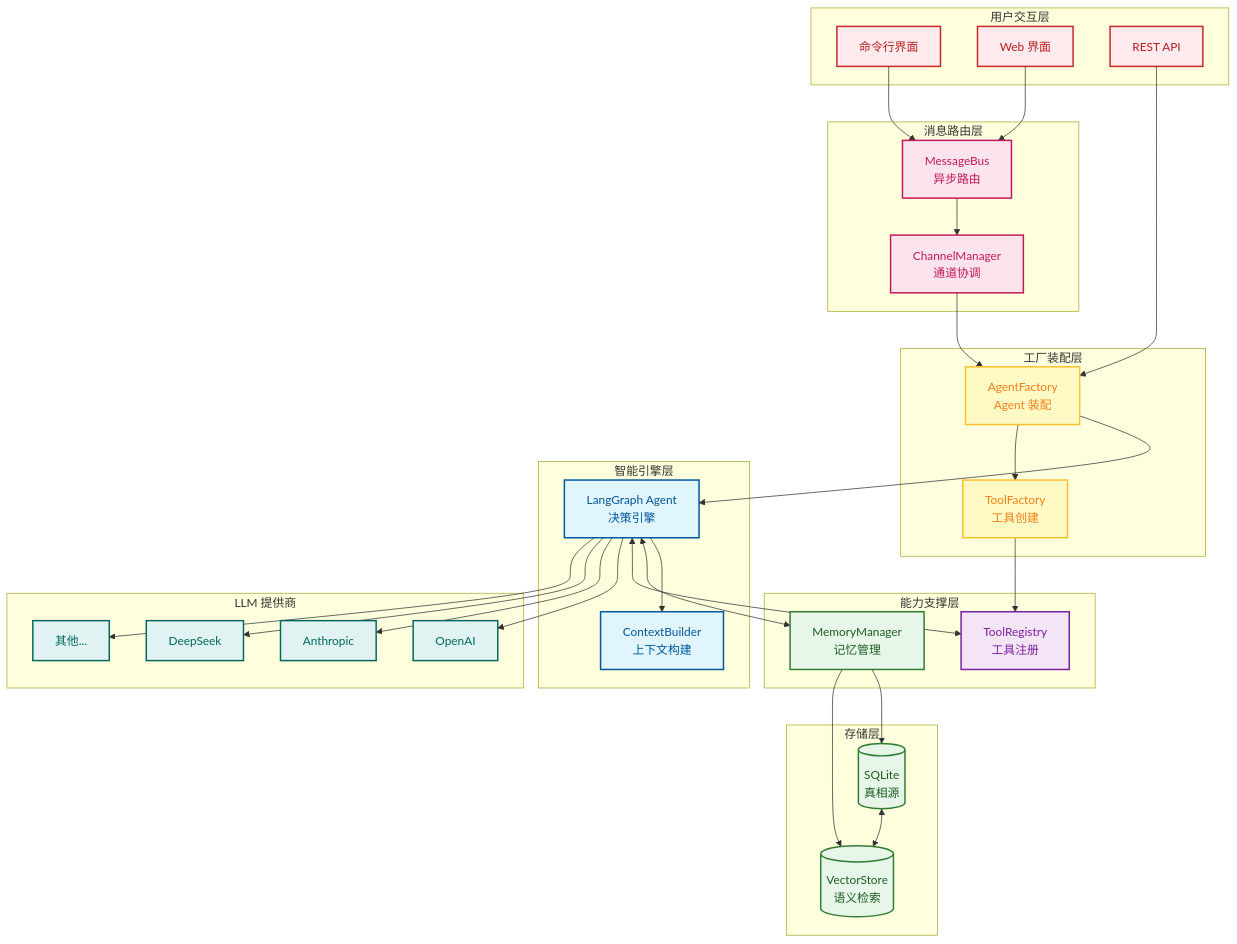
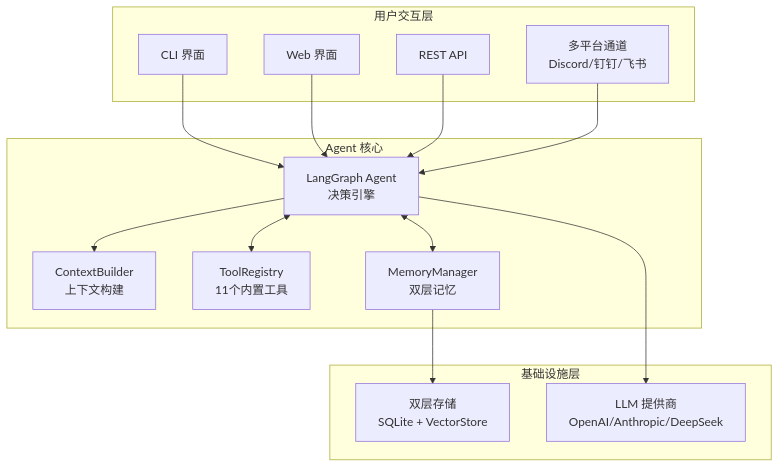
One commit to xt765/FinchBot changed the second of 8 diagrams in README_CN.md. Above: the diagram before and after it, drawn with Mermaid. The commit also changed 4 other files, not shown here.

First line of the commit message:
docs: 简化架构图为三层核心架构

````diff
--- a/README_CN.md
+++ b/README_CN.md
@@ -136,71 +136,33 @@
 ```mermaid
 graph TB
-    classDef userLayer fill:#ffebee,stroke:#c62828,stroke-width:2px,color:#b71c1c;
-    classDef channelLayer fill:#fce4ec,stroke:#c2185b,stroke-width:2px,color:#c2185b;
-    classDef factoryLayer fill:#fff9c4,stroke:#fbc02d,stroke-width:2px,color:#f57f17;
-    classDef coreLayer fill:#e1f5fe,stroke:#01579b,stroke-width:2px,color:#01579b;
-    classDef memoryLayer fill:#e8f5e9,stroke:#2e7d32,stroke-width:2px,color:#1b5e20;
-    classDef toolLayer fill:#f3e5f5,stroke:#7b1fa2,stroke-width:2px,color:#7b1fa2;
-    classDef infraLayer fill:#e0f2f1,stroke:#00695c,stroke-width:2px,color:#00695c;
-
-    subgraph Layer1 [用户交互层]
-        CLI[命令行界面]:::userLayer
-        WebUI[Web 界面]:::userLayer
-        API[REST API]:::userLayer
+    subgraph UI [用户交互层]
+        CLI[CLI 界面]
+        Web[Web 界面]
+        API[REST API]
+        Channels[多平台通道<br/>Discord/钉钉/飞书]
     end
 
-    subgraph Layer2 [消息路由层]
-        Bus[MessageBus<br/>异步路由]:::channelLayer
-        CM[ChannelManager<br/>通道协调]:::channelLayer
+    subgraph Core [Agent 核心]
+        Agent[LangGraph Agent<br/>决策引擎]
+        Context[ContextBuilder<br/>上下文构建]
+        Tools[ToolRegistry<br/>11个内置工具]
+        Memory[MemoryManager<br/>双层记忆]
     end
 
-    subgraph Layer3 [工厂装配层]
-        AF[AgentFactory<br/>Agent 装配]:::factoryLayer
-        TF[ToolFactory<br/>工具创建]:::factoryLayer
+    subgraph Infra [基础设施层]
+        Storage[双层存储<br/>SQLite + VectorStore]
+        LLM[LLM 提供商<br/>OpenAI/Anthropic/DeepSeek]
     end
 
-    subgraph Layer4 [智能引擎层]
-        Agent[LangGraph Agent<br/>决策引擎]:::coreLayer
-        CB[ContextBuilder<br/>上下文构建]:::coreLayer
-    end
+    CLI --> Agent
+    Web --> Agent
+    API --> Agent
+    Channels --> Agent
 
-    subgraph Layer5 [能力支撑层]
-        MM[MemoryManager<br/>记忆管理]:::memoryLayer
-        TR[ToolRegistry<br/>工具注册]:::toolLayer
-    end
+    Agent --> Context
+    Agent <--> Tools
+    Agent <--> Memory
 
-    subgraph Layer6 [存储层]
-        SQLite[(SQLite<br/>真相源)]:::memoryLayer
-        Vector[(VectorStore<br/>语义检索)]:::memoryLayer
-    end
-
-    subgraph Layer7 [LLM 提供商]
-        OpenAI[OpenAI]:::infraLayer
-        Anthropic[Anthropic]:::infraLayer
-        DeepSeek[DeepSeek]:::infraLayer
-        Others[其他...]:::infraLayer
-    end
-
-    CLI --> Bus
-    WebUI --> Bus
-    API --> AF
-    
-    Bus --> CM
-    CM --> AF
-    
-    AF --> Agent
-    AF --> TF
-    TF --> TR
-    
-    Agent --> CB
-    Agent <--> MM
-    Agent <--> TR
-    Agent --> OpenAI
-    Agent --> Anthropic
-    Agent --> DeepSeek
-    Agent --> Others
-    
-    MM --> SQLite
-    MM --> Vector
-    SQLite <--> Vector
+    Memory --> Storage
+    Agent --> LLM
 ```
````
